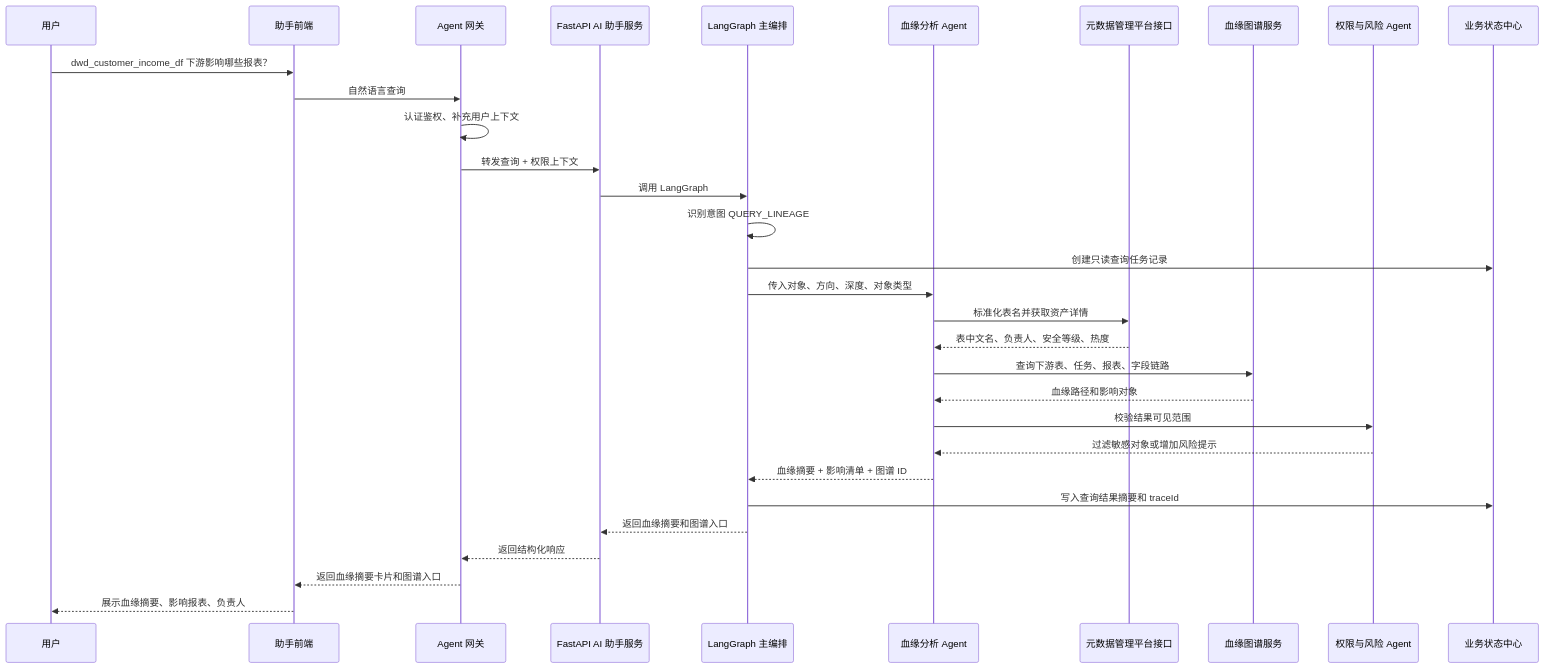
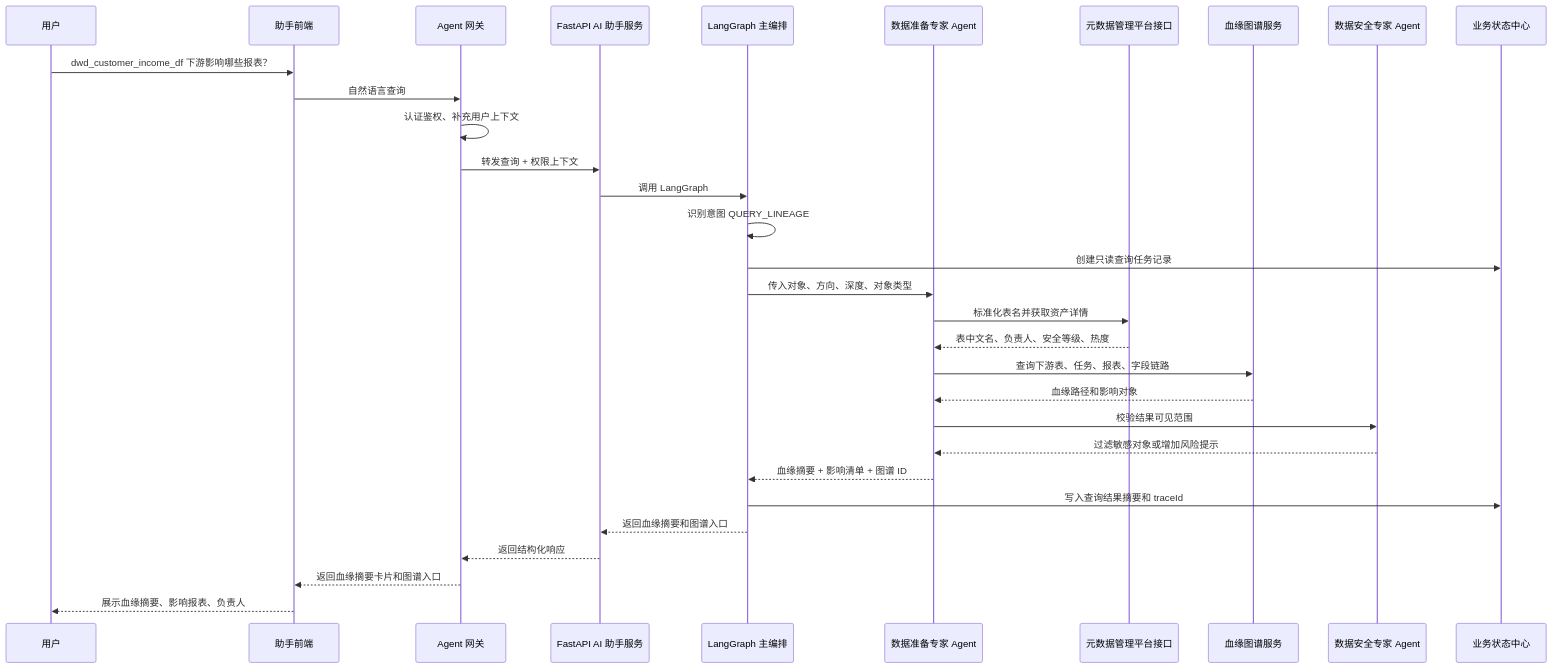
One commit to ShaneLiu001/dataasset changed the fourth of 8 diagrams in 数据资产助手/90-附录-数据资产助手典型场景数据流.md. Above: the diagram before and after it, drawn with Mermaid. The commit also changed other lines of this file and 23 other files, not shown here.

````diff
--- a/数据资产助手/90-附录-数据资产助手典型场景数据流.md
+++ b/数据资产助手/90-附录-数据资产助手典型场景数据流.md
@@ -171,34 +168,34 @@
 ```mermaid
 sequenceDiagram
   participant U as 用户
   participant FE as 助手前端
   participant GW as Agent 网关
   participant API as FastAPI AI 助手服务
   participant R as LangGraph 主编排
-  participant A as 血缘分析 Agent
+  participant A as 数据准备专家 Agent
   participant M as 元数据管理平台接口
   participant G as 血缘图谱服务
-  participant Risk as 权限与风险 Agent
+  participant Risk as 数据安全专家 Agent
   participant State as 业务状态中心
 
   U->>FE: dwd_customer_income_df 下游影响哪些报表？
   FE->>GW: 自然语言查询
   GW->>GW: 认证鉴权、补充用户上下文
   GW->>API: 转发查询 + 权限上下文
   API->>R: 调用 LangGraph
   R->>R: 识别意图 QUERY_LINEAGE
   R->>State: 创建只读查询任务记录
   R->>A: 传入对象、方向、深度、对象类型
   A->>M: 标准化表名并获取资产详情
   M-->>A: 表中文名、负责人、安全等级、热度
   A->>G: 查询下游表、任务、报表、字段链路
   G-->>A: 血缘路径和影响对象
   A->>Risk: 校验结果可见范围
   Risk-->>A: 过滤敏感对象或增加风险提示
   A-->>R: 血缘摘要 + 影响清单 + 图谱 ID
   R->>State: 写入查询结果摘要和 traceId
   R-->>API: 返回血缘摘要和图谱入口
   API-->>GW: 返回结构化响应
   GW-->>FE: 返回血缘摘要卡片和图谱入口
   FE-->>U: 展示血缘摘要、影响报表、负责人
 ```
````
